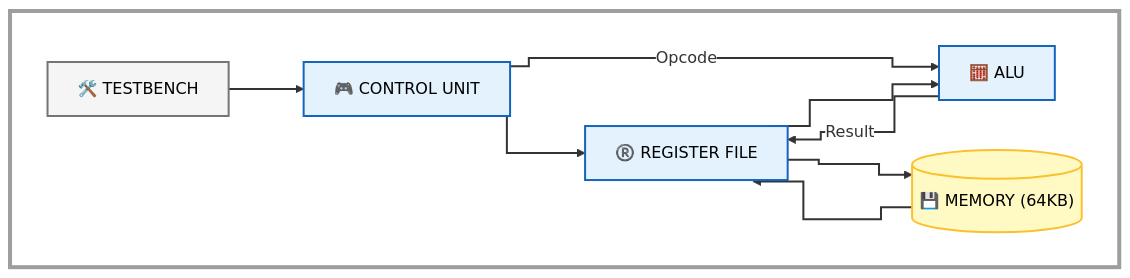
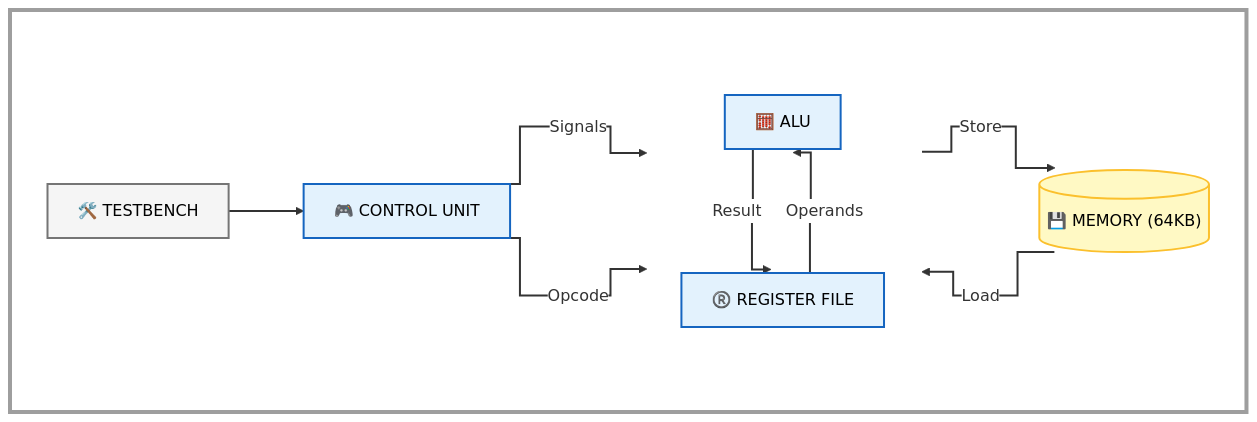
One commit to musakartalengin/NexusRV16 changed the diagram in README.md. Above: the diagram before and after it, drawn with Mermaid.

Commit message:
Optimize diagram with vertical grouping for perfect alignment

````diff
--- a/README.md
+++ b/README.md
@@ -15,52 +15,46 @@
 ```mermaid
 %%{init: {'theme': 'base', 'themeVariables': { 'primaryColor': '#ffffff', 'edgeLabelBackground': '#ffffff', 'tertiaryColor': '#ffffff'}}}%%
 graph LR
-    %% =========================================================
-    %% TEMA: KLASİK DEVRE ŞEMASI (Köşeli Hatlar)
-    %% =========================================================
     linkStyle default interpolate step stroke:#333333,stroke-width:2px;
 
-    %% BEYAZ TUVAL KAPSAYICISI
     subgraph CANVAS [ <br/> ]
         direction LR
 
-        %% 🎨 RENK PALETİ
         classDef canvas fill:#ffffff,stroke:#333333,stroke-width:2px;
         classDef block fill:#e3f2fd,stroke:#1565c0,stroke-width:2px,color:#000000,rx:0,ry:0;
         classDef memory fill:#fff9c4,stroke:#fbc02d,stroke-width:2px,color:#000000,rx:0,ry:0;
         classDef external fill:#f5f5f5,stroke:#757575,stroke-width:2px,color:#000000,rx:0,ry:0;
 
-        %% =====================================================
-        %% BİLEŞENLER
-        %% =====================================================
+        %% 1. SOL: TEST & CONTROL
         TB["🛠️ TESTBENCH"]:::external
         CTRL["🎮 CONTROL UNIT"]:::block
-        REGS["®️ REGISTER FILE"]:::block
-        ALU["🧮 ALU"]:::block
+
+        %% 2. ORTA: DATAPATH (Dikey Hizalı)
+        subgraph DP [ ]
+            direction TB
+            ALU["🧮 ALU"]:::block
+            REGS["®️ REGISTER FILE"]:::block
+        end
+
+        %% 3. SAĞ: MEMORY
         RAM[("💾 MEMORY (64KB)")]:::memory
 
-        %% =====================================================
-        %% BAĞLANTILAR (Kesişmesiz Sıralı Akış)
-        %% =====================================================
-        
-        %% 1. Testbench -> Control
+        %% BAĞLANTILAR
         TB ==> CTRL
+        CTRL ==>|Signals| REGS
+        CTRL ==>|Opcode| ALU
 
-        %% 2. Control -> Register & ALU
-        CTRL ==> REGS
-        CTRL -- Opcode --> ALU
+        %% ALU <-> REGS (Dikey Döngü)
+        REGS ==>|Operands| ALU
+        ALU ==>|Result| REGS
 
-        %% 3. Register <-> ALU
-        REGS ==> ALU
-        ALU -- Result --> REGS
-
-        %% 4. Register <-> RAM (Memory Access)
-        REGS ==> RAM
-        RAM ==> REGS
+        %% REGS <-> RAM
+        REGS ==>|Store| RAM
+        RAM ==>|Load| REGS
 
     end
     
-    %% STİL
     style CANVAS fill:#ffffff,stroke:#9e9e9e,stroke-width:4px
+    style DP fill:none,stroke:none
 
 ```
````
